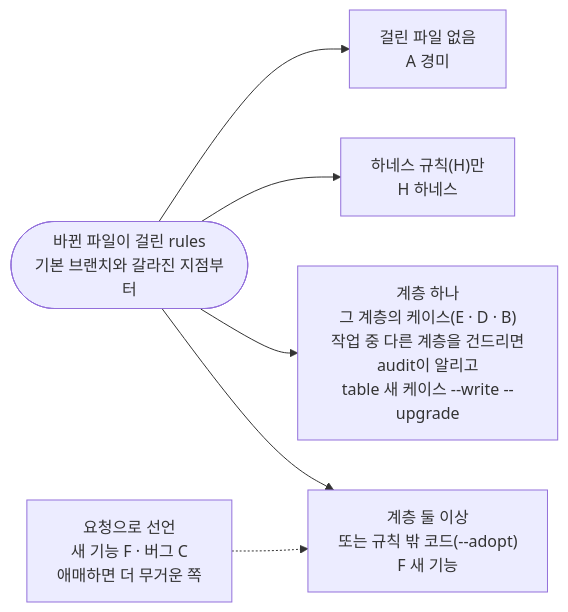
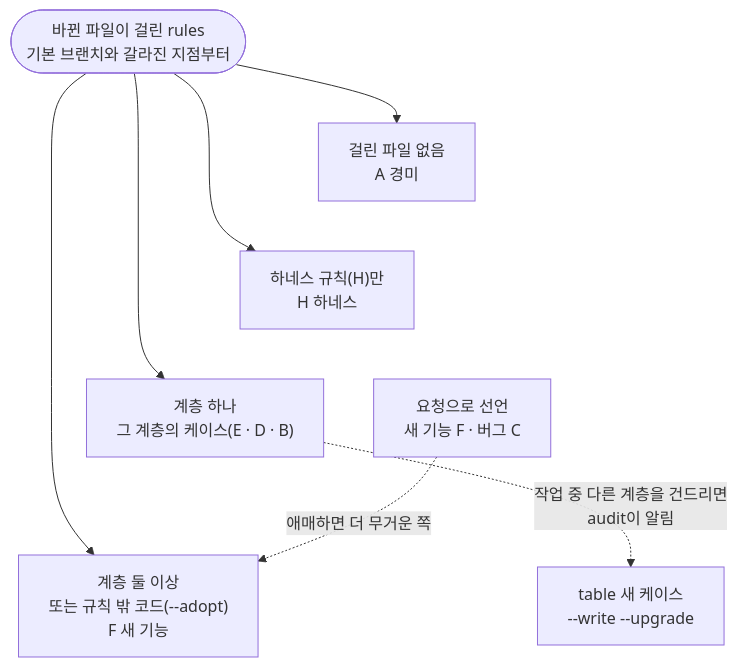
The diagram in handbook/concepts/cases.md (roadkwon-ai/pro-kit), drawn with Mermaid before and after one commit. The commit also changed 9 other files, not shown here.

````diff
--- a/handbook/concepts/cases.md
+++ b/handbook/concepts/cases.md
@@ -42,14 +42,16 @@
 ```mermaid
 ---
 config:
   flowchart:
-    wrappingWidth: 200
+    wrappingWidth: 240
 ---
-flowchart LR
+flowchart TB
   R(["바뀐 파일이 걸린 rules<br/>기본 브랜치와 갈라진 지점부터"])
   R --> A["걸린 파일 없음<br/>A 경미"]
   R --> H["하네스 규칙(H)만<br/>H 하네스"]
-  R --> L["계층 하나<br/>그 계층의 케이스(E · D · B)<br/>작업 중 다른 계층을 건드리면<br/>audit이 알리고<br/>table 새 케이스 --write --upgrade"]
+  R --> L["계층 하나<br/>그 계층의 케이스(E · D · B)"]
   R --> FF["계층 둘 이상<br/>또는 규칙 밖 코드(--adopt)<br/>F 새 기능"]
-  D["요청으로 선언<br/>새 기능 F · 버그 C<br/>애매하면 더 무거운 쪽"] -.-> FF
+  A ~~~ H ~~~ L ~~~ FF
+  L -.->|"작업 중 다른 계층을 건드리면<br/>audit이 알림"| UP["table 새 케이스<br/>--write --upgrade"]
+  D["요청으로 선언<br/>새 기능 F · 버그 C"] -.->|"애매하면 더 무거운 쪽"| FF
 ```
````
